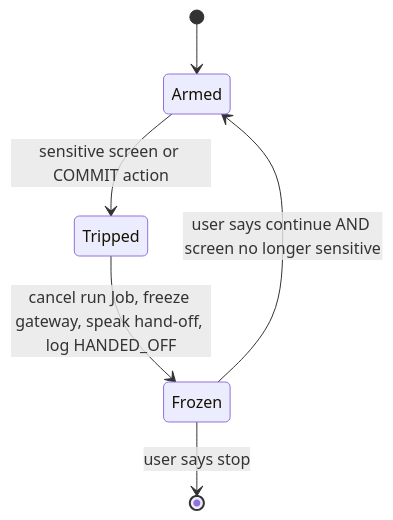
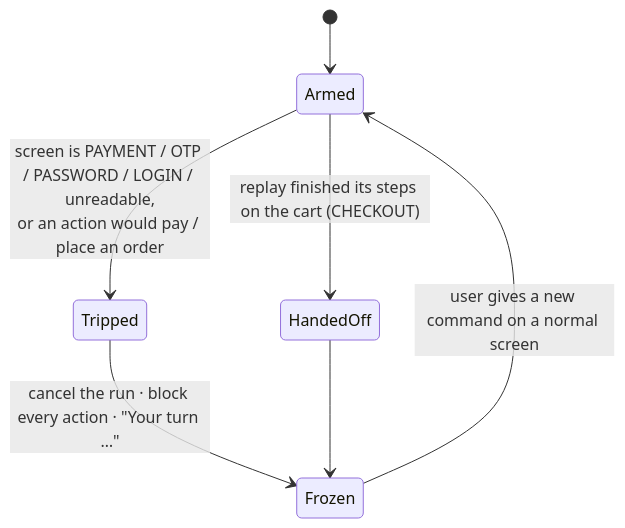
Before and after one commit to harsha31bs07-blip/echoflow-android: the fifth of 5 diagrams in docs/ARCHITECTURE.md, drawn with Mermaid. The commit also changed other lines of this file and 4 other files, not shown here.

First line of the commit message:
Docs match the code: architecture with diagrams, limitations, traceability, README scorecard

````diff
--- a/docs/ARCHITECTURE.md
+++ b/docs/ARCHITECTURE.md
@@ -298,8 +227,9 @@
 ```mermaid
 stateDiagram-v2
   [*] --> Armed
-  Armed --> Tripped: sensitive screen or COMMIT action
-  Tripped --> Frozen: cancel run Job, freeze gateway, speak hand-off, log HANDED_OFF
-  Frozen --> Armed: user says continue AND screen no longer sensitive
-  Frozen --> [*]: user says stop
+  Armed --> Tripped: screen is PAYMENT / OTP / PASSWORD / LOGIN / unreadable,<br/>or an action would pay / place an order
+  Armed --> HandedOff: replay finished its steps on the cart (CHECKOUT)
+  Tripped --> Frozen: cancel the run · block every action · "Your turn …"
+  HandedOff --> Frozen
+  Frozen --> Armed: user gives a new command on a normal screen
 ```
````
